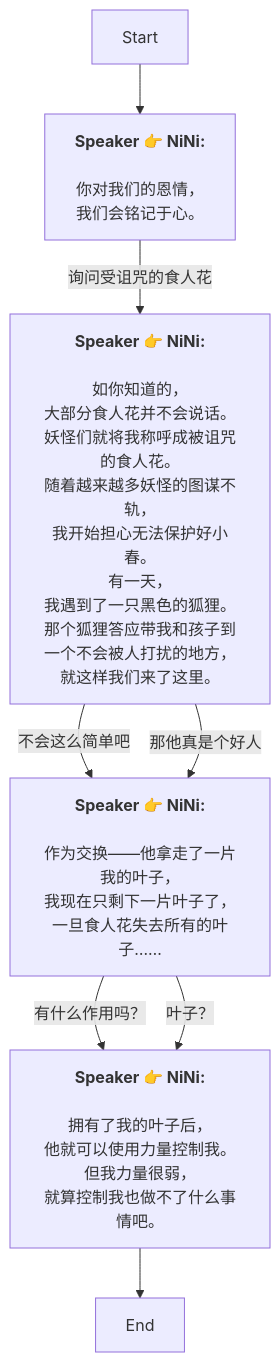
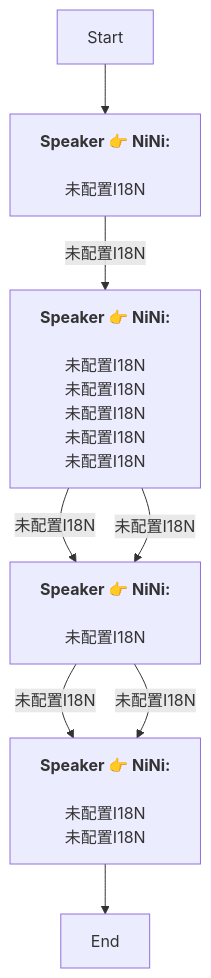
One commit to SoftHu/tos_avg changed the diagram in Zh/QuestTalkObjectiveNode_1766066826063619.md. Above: the diagram before and after it, drawn with Mermaid. The commit also changed 730 other files, not shown here.

````diff
--- a/Zh/QuestTalkObjectiveNode_1766066826063619.md
+++ b/Zh/QuestTalkObjectiveNode_1766066826063619.md
@@ -1,30 +1,17 @@
 ```mermaid
 graph
 Start -->1766067178303239[<b>Speaker 👉 NiNi:</b>
-\n你对我们的恩情，
-我们会铭记于心。]
-1766067178303239 -->|询问受诅咒的食人花|1766067230958349[<b>Speaker 👉 NiNi:</b>
-\n如你知道的，
-大部分食人花并不会说话。\n妖怪们就将我称呼成被诅咒的食人花。\n随着越来越多妖怪的图谋不轨，
-我开始担心无法保护好小春。\n有一天，
-我遇到了一只黑色的狐狸。\n那个狐狸答应带我和孩子到一个不会被人打扰的地方，
-就这样我们来了这里。]
-1766067230958349 -->|不会这么简单吧|1766067445982995[<b>Speaker 👉 NiNi:</b>
-\n作为交换——他拿走了一片我的叶子，
-我现在只剩下一片叶子了，
-一旦食人花失去所有的叶子……]
-1766067230958349 -->|那他真是个好人|1766067445982995[<b>Speaker 👉 NiNi:</b>
-\n作为交换——他拿走了一片我的叶子，
-我现在只剩下一片叶子了，
-一旦食人花失去所有的叶子……]
-1766067445982995 -->|有什么作用吗？|1766067522114329[<b>Speaker 👉 NiNi:</b>
-\n拥有了我的叶子后，
-他就可以使用力量控制我。\n但我力量很弱，
-就算控制我也做不了什么事情吧。]
-1766067445982995 -->|叶子？|1766067522114329[<b>Speaker 👉 NiNi:</b>
-\n拥有了我的叶子后，
-他就可以使用力量控制我。\n但我力量很弱，
-就算控制我也做不了什么事情吧。]
+\n未配置I18N]
+1766067178303239 -->|未配置I18N|1766067230958349[<b>Speaker 👉 NiNi:</b>
+\n未配置I18N\n未配置I18N\n未配置I18N\n未配置I18N\n未配置I18N]
+1766067230958349 -->|未配置I18N|1766067445982995[<b>Speaker 👉 NiNi:</b>
+\n未配置I18N]
+1766067230958349 -->|未配置I18N|1766067445982995[<b>Speaker 👉 NiNi:</b>
+\n未配置I18N]
+1766067445982995 -->|未配置I18N|1766067522114329[<b>Speaker 👉 NiNi:</b>
+\n未配置I18N\n未配置I18N]
+1766067445982995 -->|未配置I18N|1766067522114329[<b>Speaker 👉 NiNi:</b>
+\n未配置I18N\n未配置I18N]
 1766067522114329 -->1766067559968538[End]
 
 ```
````
